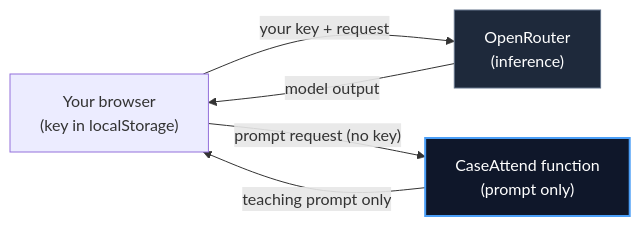
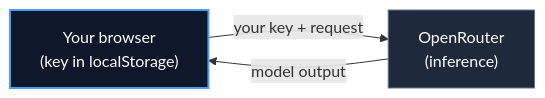
The diagram in README.md (JamesWeatherhead/CaseAttend), drawn with Mermaid before and after one commit. The commit also changed other lines of this file and 31 other files, not shown here.

````diff
--- a/README.md
+++ b/README.md
@@ -50,11 +55,9 @@
 ```mermaid
 flowchart LR
     B["Your browser<br/>(key in localStorage)"] -- "your key + request" --> OR["OpenRouter<br/>(inference)"]
     OR -- "model output" --> B
-    B -- "prompt request (no key)" --> F["CaseAttend function<br/>(prompt only)"]
-    F -- "teaching prompt only" --> B
     classDef ours fill:#0F172A,stroke:#4A9EF7,stroke-width:2px,color:#ffffff;
     classDef ext fill:#1E293B,stroke:#64748B,stroke-width:1px,color:#ffffff;
-    class F ours;
+    class B ours;
     class OR ext;
 ```
````
